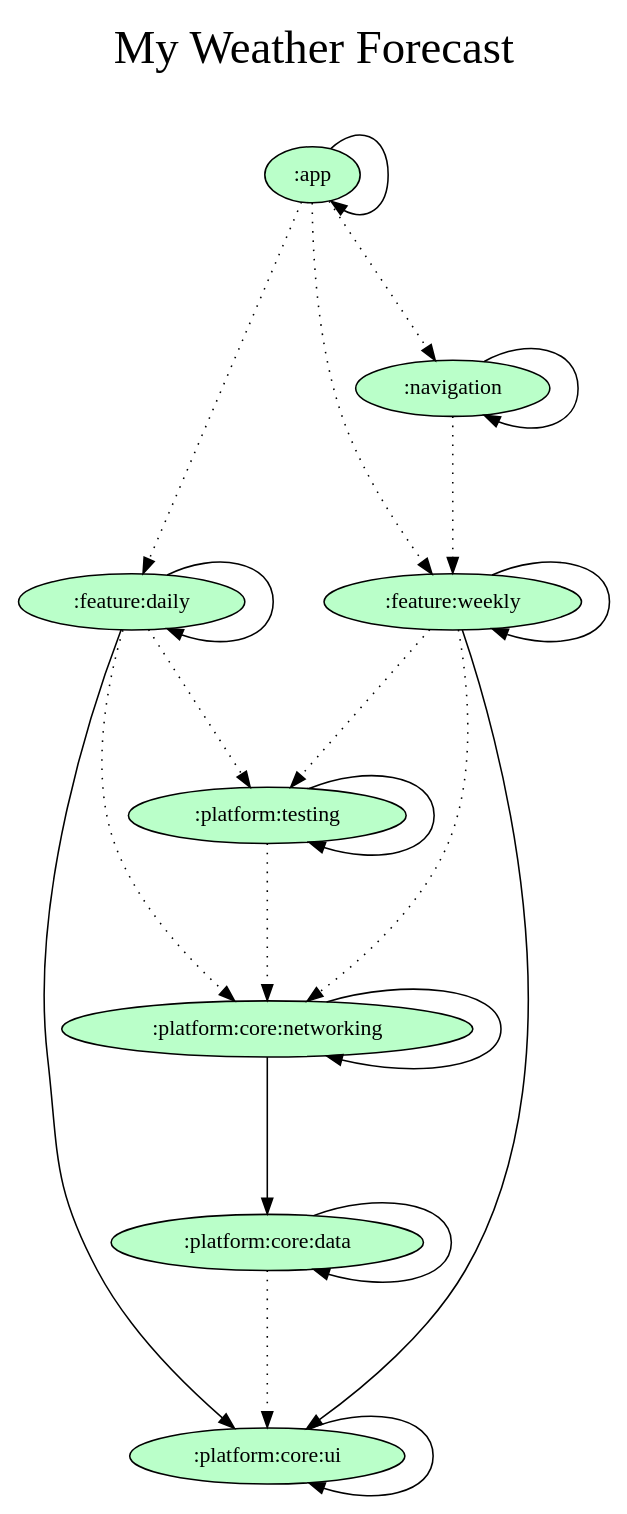
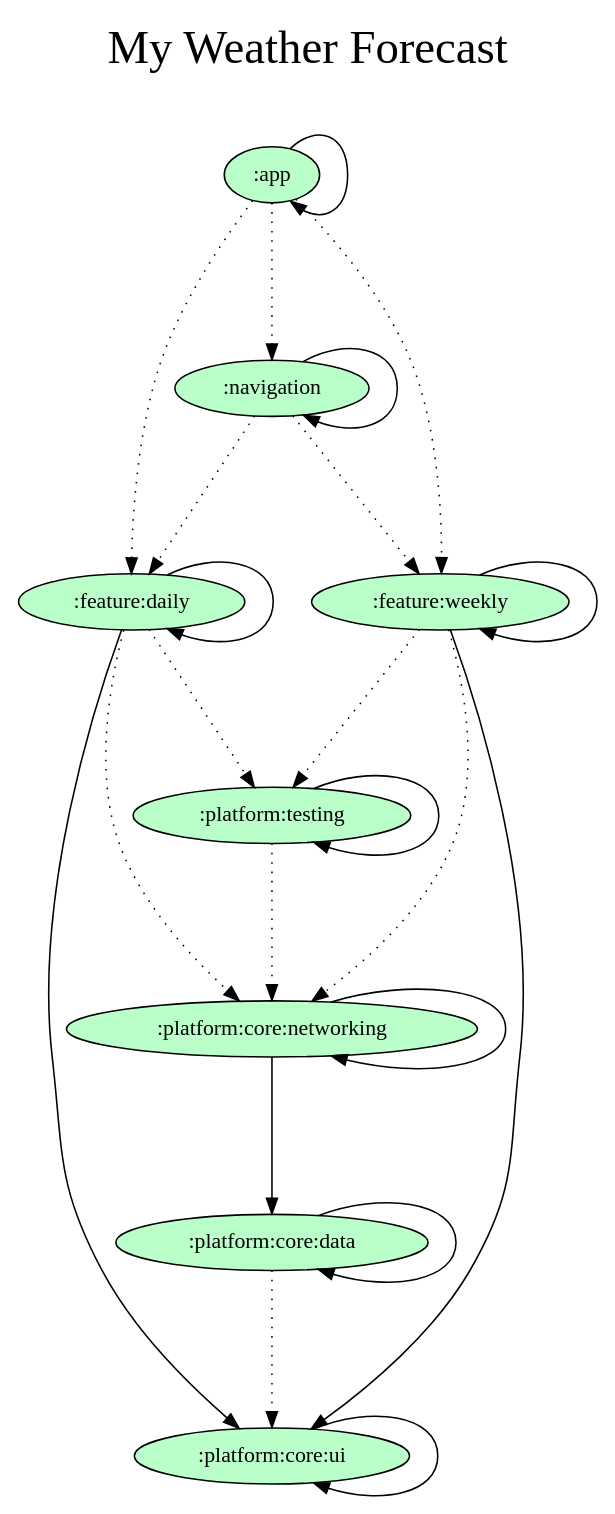
Before and after one commit to orogersilva/myweatherforecast: the diagram in gradle/dependency-graph/project.dot, drawn with Graphviz. The commit also changed 1 other file, not shown here.

Commit message:
docs: Updating dependency graph

```diff
--- a/gradle/dependency-graph/project.dot
+++ b/gradle/dependency-graph/project.dot
@@ -1,42 +1,43 @@
 digraph {
   graph [label="My Weather Forecast\n ",labelloc=t,fontsize=30,ranksep=1.4];
   node [style=filled, fillcolor="#bbbbbb"];
   rankdir=TB;
 
   # Projects
 
   ":app" [fillcolor="#baffc9"];
   ":feature:daily" [fillcolor="#baffc9"];
   ":feature:weekly" [fillcolor="#baffc9"];
   ":navigation" [fillcolor="#baffc9"];
   ":platform:core:data" [fillcolor="#baffc9"];
   ":platform:core:networking" [fillcolor="#baffc9"];
   ":platform:core:ui" [fillcolor="#baffc9"];
   ":platform:testing" [fillcolor="#baffc9"];
 
   {rank = same;}
 
   # Dependencies
 
   ":app" -> ":app"
   ":app" -> ":feature:daily" [style=dotted]
   ":app" -> ":feature:weekly" [style=dotted]
   ":app" -> ":navigation" [style=dotted]
   ":navigation" -> ":navigation"
+  ":navigation" -> ":feature:daily" [style=dotted]
   ":navigation" -> ":feature:weekly" [style=dotted]
   ":feature:daily" -> ":platform:core:ui"
   ":feature:daily" -> ":feature:daily"
   ":feature:daily" -> ":platform:core:networking" [style=dotted]
   ":feature:daily" -> ":platform:testing" [style=dotted]
   ":feature:weekly" -> ":platform:core:ui"
   ":feature:weekly" -> ":feature:weekly"
   ":feature:weekly" -> ":platform:core:networking" [style=dotted]
   ":feature:weekly" -> ":platform:testing" [style=dotted]
   ":platform:testing" -> ":platform:testing"
   ":platform:testing" -> ":platform:core:networking" [style=dotted]
   ":platform:core:data" -> ":platform:core:data"
   ":platform:core:data" -> ":platform:core:ui" [style=dotted]
   ":platform:core:networking" -> ":platform:core:data"
   ":platform:core:networking" -> ":platform:core:networking"
   ":platform:core:ui" -> ":platform:core:ui"
 }
```
